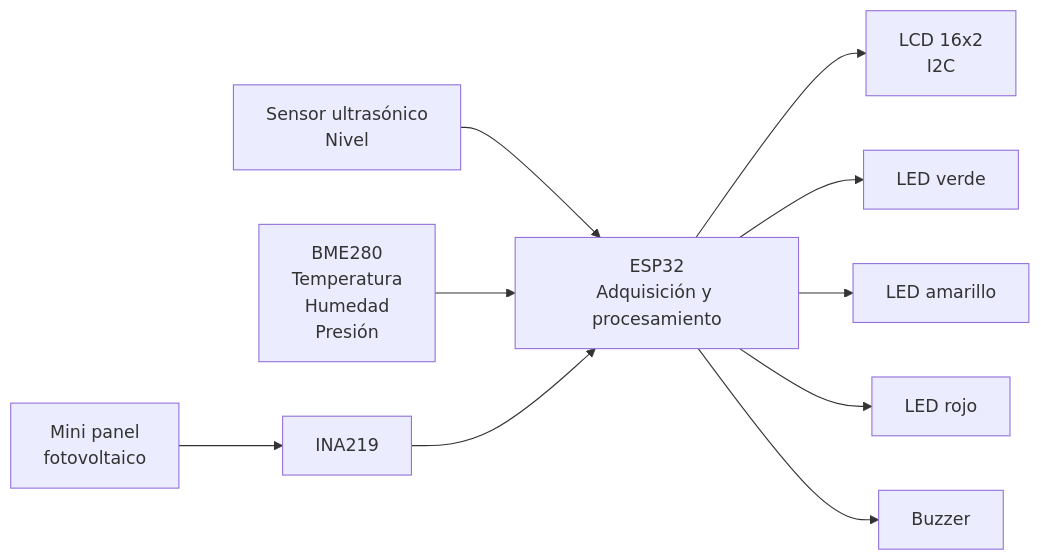
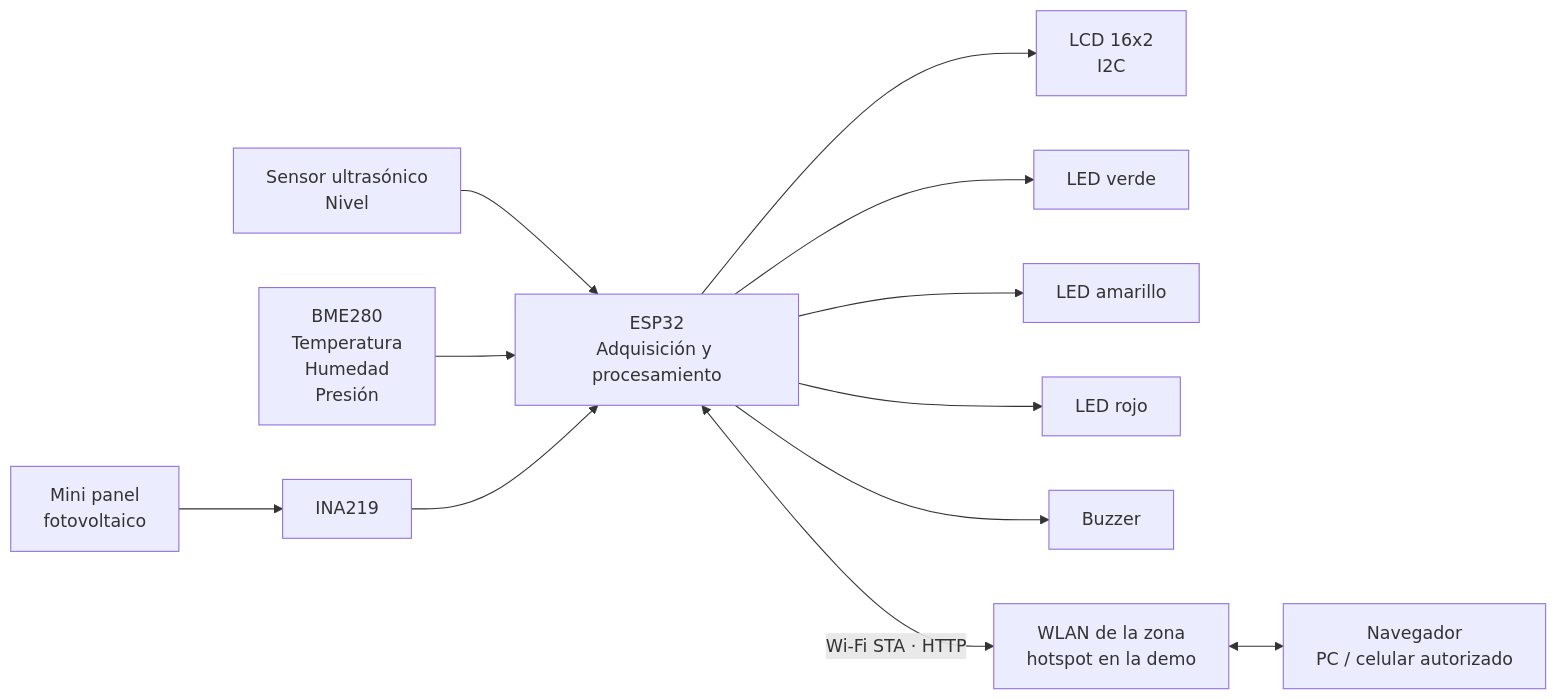
Before and after one commit to jorgis857/sistema-alerta-temprana-riesgo-hidrico: the first of 3 diagrams in wiki/02-Solucion-Propuesta.md, drawn with Mermaid. The commit also changed other lines of this file and 13 other files, not shown here.

````diff
--- a/wiki/02-Solucion-Propuesta.md
+++ b/wiki/02-Solucion-Propuesta.md
@@ -64,28 +80,33 @@
 ```mermaid
 flowchart LR
 
     ULTRA[Sensor ultrasónico<br/>Nivel]
     BME[BME280<br/>Temperatura<br/>Humedad<br/>Presión]
     PANEL[Mini panel<br/>fotovoltaico]
     INA[INA219]
 
     MCU[ESP32<br/>Adquisición y procesamiento]
 
     LCD[LCD 16x2<br/>I2C]
     LEDV[LED verde]
     LEDA[LED amarillo]
     LEDR[LED rojo]
     BUZZ[Buzzer]
 
     PANEL --> INA
 
     ULTRA --> MCU
     BME --> MCU
     INA --> MCU
 
     MCU --> LCD
     MCU --> LEDV
     MCU --> LEDA
     MCU --> LEDR
     MCU --> BUZZ
+
+    WLAN[WLAN de la zona<br/>hotspot en la demo]
+    NAV[Navegador<br/>PC / celular autorizado]
+    MCU <-->|Wi-Fi STA · HTTP| WLAN
+    WLAN <--> NAV
 ```
````
